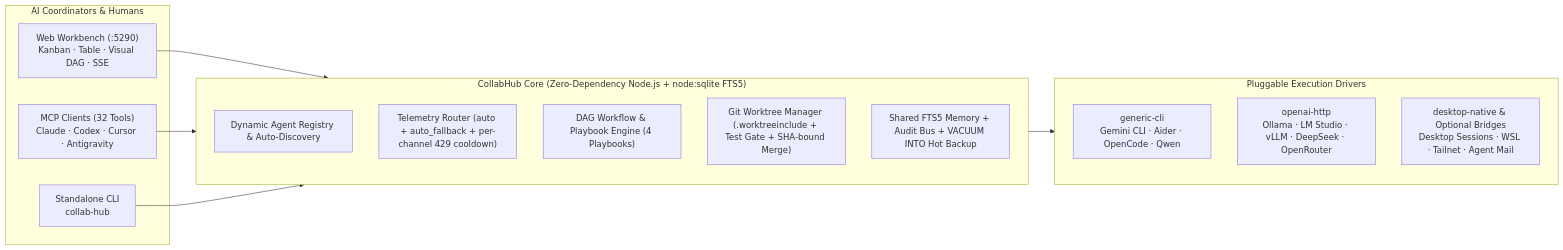
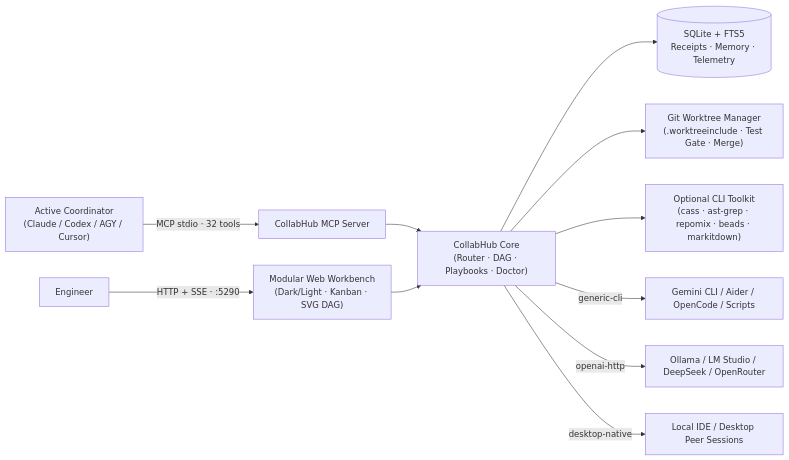
One commit to mortal7520/collab-hub changed the diagram in README.md. Above: the diagram before and after it, drawn with Mermaid. The commit also changed other lines of this file and 9 other files, not shown here.

Commit message:
feat(v1.1.0): harden CSP/demo isolation, polish SVG DAG canvas, and upgrade open-source docs

````diff
--- a/README.md
+++ b/README.md
@@ -33,25 +98,16 @@
 ```mermaid
 flowchart LR
-  subgraph Clients["AI Coordinators & Humans"]
-    UI["Web Workbench (:5290)<br/>Kanban · Table · Visual DAG · SSE"]
-    MCP["MCP Clients (32 Tools)<br/>Claude · Codex · Cursor · Antigravity"]
-    CLI["Standalone CLI<br/>collab-hub"]
-  end
+  Host["Active Coordinator\n(Claude / Codex / AGY / Cursor)"] -->|MCP stdio · 32 tools| MCP["CollabHub MCP Server"]
+  User["Engineer"] -->|HTTP + SSE · :5290| UI["Modular Web Workbench\n(Dark/Light · Kanban · SVG DAG)"]
 
-  subgraph Core["CollabHub Core (Zero-Dependency Node.js + node:sqlite FTS5)"]
-    REG["Dynamic Agent Registry & Auto-Discovery"]
-    ROUTE["Telemetry Router (auto + auto_fallback + per-channel 429 cooldown)"]
-    DAG["DAG Workflow & Playbook Engine (4 Playbooks)"]
-    WT["Git Worktree Manager (.worktreeinclude + Test Gate + SHA-bound Merge)"]
-    MEM["Shared FTS5 Memory + Audit Bus + VACUUM INTO Hot Backup"]
-  end
+  MCP --> Core["CollabHub Core\n(Router · DAG · Playbooks · Doctor)"]
+  UI --> Core
 
-  subgraph Drivers["Pluggable Execution Drivers"]
-    D1["generic-cli<br/>Gemini CLI · Aider · OpenCode · Qwen"]
-    D2["openai-http<br/>Ollama · LM Studio · vLLM · DeepSeek · OpenRouter"]
-    D3["desktop-native & Optional Bridges<br/>Desktop Sessions · WSL · Tailnet · Agent Mail"]
-  end
+  Core --> DB[("SQLite + FTS5\nReceipts · Memory · Telemetry")]
+  Core --> WT["Git Worktree Manager\n(.worktreeinclude · Test Gate · Merge)"]
+  Core --> TK["Optional CLI Toolkit\n(cass · ast-grep · repomix · beads · markitdown)"]
 
-  UI & MCP & CLI --> Core
-  Core --> Drivers
+  Core -->|generic-cli| CLI["Gemini CLI / Aider / OpenCode / Scripts"]
+  Core -->|openai-http| HTTP["Ollama / LM Studio / DeepSeek / OpenRouter"]
+  Core -->|desktop-native| Native["Local IDE / Desktop Peer Sessions"]
 ```
````
